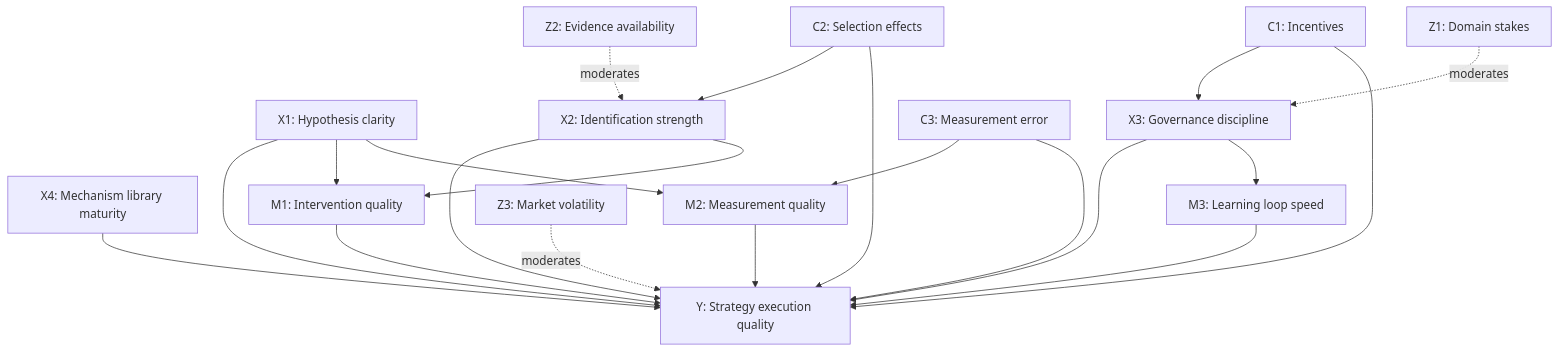
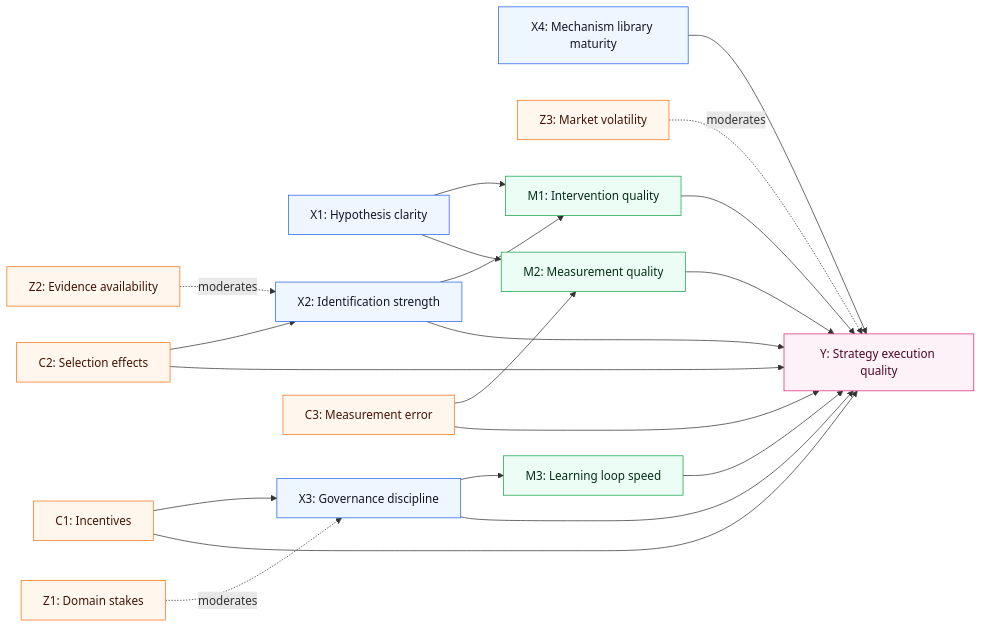
One commit to 5Reasons/5reasons.github.io changed the first of 3 diagrams in docs/blog/posts/from-swot-to-testable-hypotheses.md. Above: the diagram before and after it, drawn with Mermaid. The commit also changed other lines of this file and 14 other files, not shown here.

First line of the commit message:
Refactor diagrams and improve clarity in blog posts and case studies

````diff
--- a/docs/blog/posts/from-swot-to-testable-hypotheses.md
+++ b/docs/blog/posts/from-swot-to-testable-hypotheses.md
@@ -72,30 +72,56 @@
 ```mermaid
-graph TD;
-  Y["Y: Strategy execution quality"];
+flowchart LR
+  %% Inputs
+  X1["X1: Hypothesis clarity"]:::i
+  X2["X2: Identification strength"]:::i
+  X3["X3: Governance discipline"]:::i
+  X4["X4: Mechanism library maturity"]:::i
 
-  X1["X1: Hypothesis clarity"] --> Y;
-  X2["X2: Identification strength"] --> Y;
-  X3["X3: Governance discipline"] --> Y;
-  X4["X4: Mechanism library maturity"] --> Y;
+  %% Confounders / moderators
+  C1["C1: Incentives"]:::r
+  C2["C2: Selection effects"]:::r
+  C3["C3: Measurement error"]:::r
+  Z1["Z1: Domain stakes"]:::r
+  Z2["Z2: Evidence availability"]:::r
+  Z3["Z3: Market volatility"]:::r
 
-  X1 --> M1["M1: Intervention quality"];
-  X2 --> M1;
-  M1 --> Y;
+  %% Mediators
+  M1["M1: Intervention quality"]:::p
+  M2["M2: Measurement quality"]:::p
+  M3["M3: Learning loop speed"]:::p
 
-  X1 --> M2["M2: Measurement quality"];
-  M2 --> Y;
+  %% Outcome
+  Y["Y: Strategy execution quality"]:::o
 
-  X3 --> M3["M3: Learning loop speed"];
-  M3 --> Y;
+  %% Links
+  X1 --> M1
+  X2 --> M1
+  M1 --> Y
 
-  C1["C1: Incentives"] --> X3;
-  C1 --> Y;
-  C2["C2: Selection effects"] --> X2;
-  C2 --> Y;
-  C3["C3: Measurement error"] --> M2;
-  C3 --> Y;
+  X1 --> M2
+  M2 --> Y
 
-  Z1["Z1: Domain stakes"] -. moderates .-> X3;
-  Z2["Z2: Evidence availability"] -. moderates .-> X2;
-  Z3["Z3: Market volatility"] -. moderates .-> Y;
+  X3 --> M3
+  M3 --> Y
+
+  X2 --> Y
+  X3 --> Y
+  X4 --> Y
+
+  C1 --> X3
+  C1 --> Y
+  C2 --> X2
+  C2 --> Y
+  C3 --> M2
+  C3 --> Y
+
+  Z1 -. moderates .-> X3
+  Z2 -. moderates .-> X2
+  Z3 -. moderates .-> Y
+
+  %% brModel styles
+  classDef i fill:#eef6ff,stroke:#2563eb,stroke-width:1px,color:#0f172a;
+  classDef p fill:#ecfdf5,stroke:#16a34a,stroke-width:1px,color:#052e16;
+  classDef r fill:#fff7ed,stroke:#f97316,stroke-width:1px,color:#431407;
+  classDef o fill:#fdf2f8,stroke:#db2777,stroke-width:1px,color:#500724;
 ```
````
